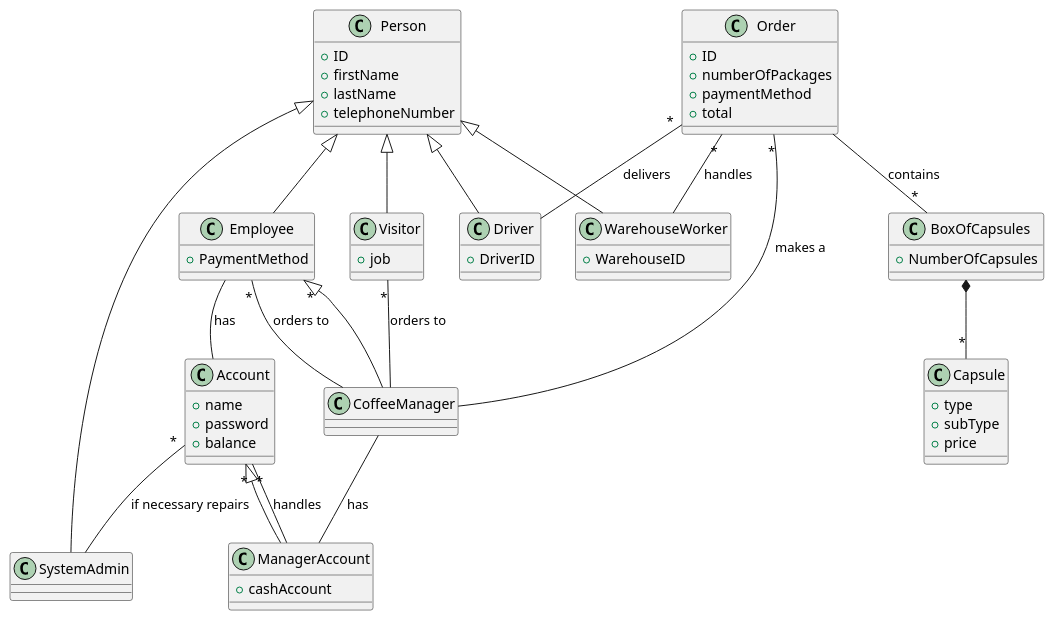
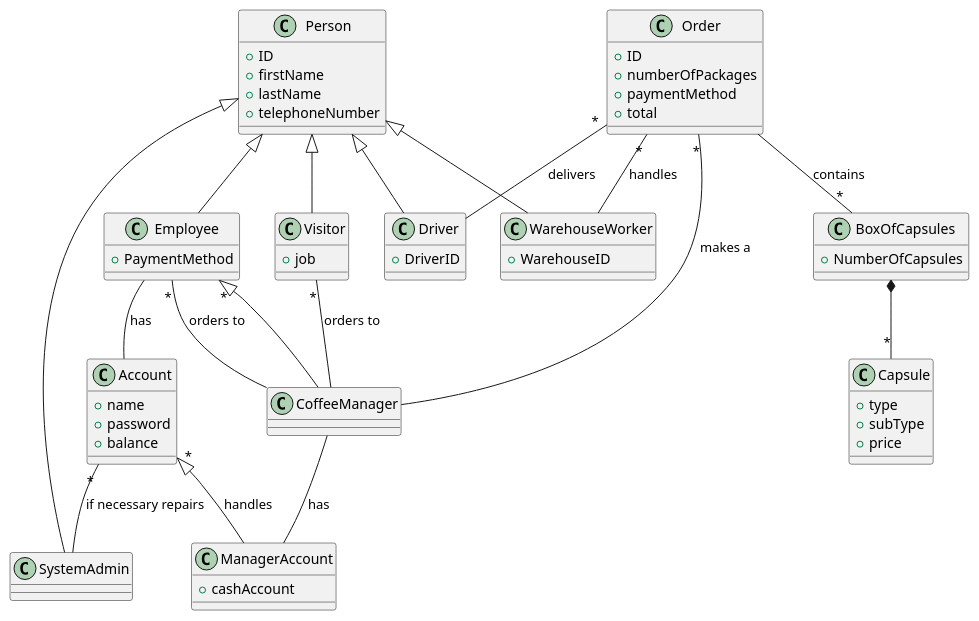
Before and after one commit to salvatore-dimartino/LaTazza: the third of 4 diagrams in templates/RequirementsTemplate.md, drawn with PlantUML.

```diff
--- a/templates/RequirementsTemplate.md
+++ b/templates/RequirementsTemplate.md
@@ -564,8 +564,6 @@
     
 }
 
-
-Account "*" -- ManagerAccount: handles
 Account "*" -- SystemAdmin :if necessary repairs
 Order "*" -- WarehouseWorker :handles
 Order "*" -- Driver :delivers
@@ -575,7 +573,7 @@
 Person <|-- WarehouseWorker
 Person <|-- SystemAdmin
 BoxOfCapsules *-- "*" Capsule
-Account "*" <|-- ManagerAccount
+Account "*" <|-- ManagerAccount: handles
 Employee "*" <|-- CoffeeManager
 Employee "*"-- CoffeeManager : orders to
 Order "*" -- CoffeeManager : makes a
```
